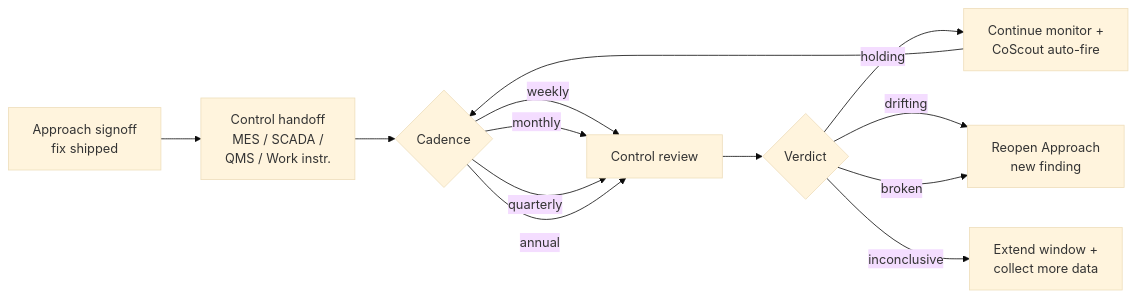
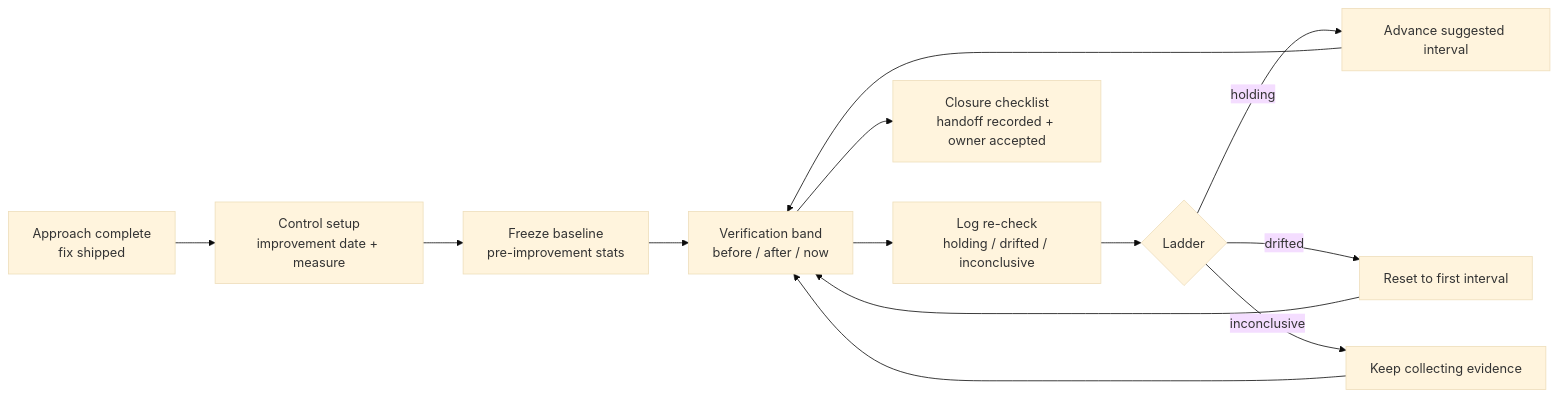
The diagram in docs/03-features/workflows/control.md (jukka-matti/variscout), drawn with Mermaid (base theme) before and after one commit. The commit also changed other lines of this file and 15 other files, not shown here.

Commit message:
Document control closure delivery

````diff
--- a/docs/03-features/workflows/control.md
+++ b/docs/03-features/workflows/control.md
@@ -29,15 +34,15 @@
 ```mermaid
 flowchart LR
-    Approach[Approach signoff<br/>fix shipped] --> Surface[Control handoff<br/>MES / SCADA /<br/>QMS / Work instr.]
-    Surface --> Cadence{Cadence}
-    Cadence -->|weekly| Rev[Control review]
-    Cadence -->|monthly| Rev
-    Cadence -->|quarterly| Rev
-    Cadence -->|annual| Rev
-    Rev --> Verdict{Verdict}
-    Verdict -->|holding| Continue[Continue monitor +<br/>CoScout auto-fire]
-    Verdict -->|drifting| Reopen[Reopen Approach<br/>new finding]
-    Verdict -->|broken| Reopen
-    Verdict -->|inconclusive| MoreData[Extend window +<br/>collect more data]
-    Continue --> Cadence
+    Approach[Approach complete<br/>fix shipped] --> Setup[Control setup<br/>improvement date + measure]
+    Setup --> Baseline[Freeze baseline<br/>pre-improvement stats]
+    Baseline --> Band[Verification band<br/>before / after / now]
+    Band --> Review[Log re-check<br/>holding / drifted / inconclusive]
+    Review --> Ladder{Ladder}
+    Ladder -->|holding| Advance[Advance suggested interval]
+    Ladder -->|drifted| Reset[Reset to first interval]
+    Ladder -->|inconclusive| Hold[Keep collecting evidence]
+    Advance --> Band
+    Reset --> Band
+    Hold --> Band
+    Band --> Closure[Closure checklist<br/>handoff recorded + owner accepted]
 ```
````
